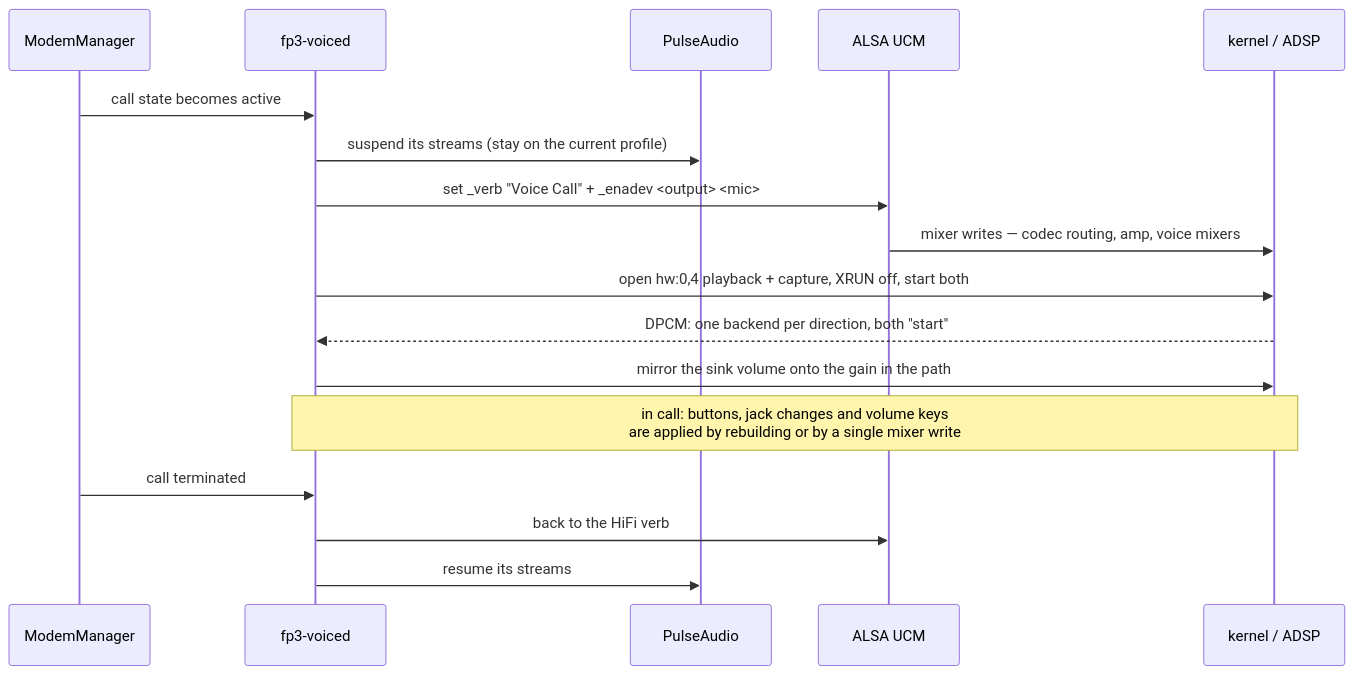
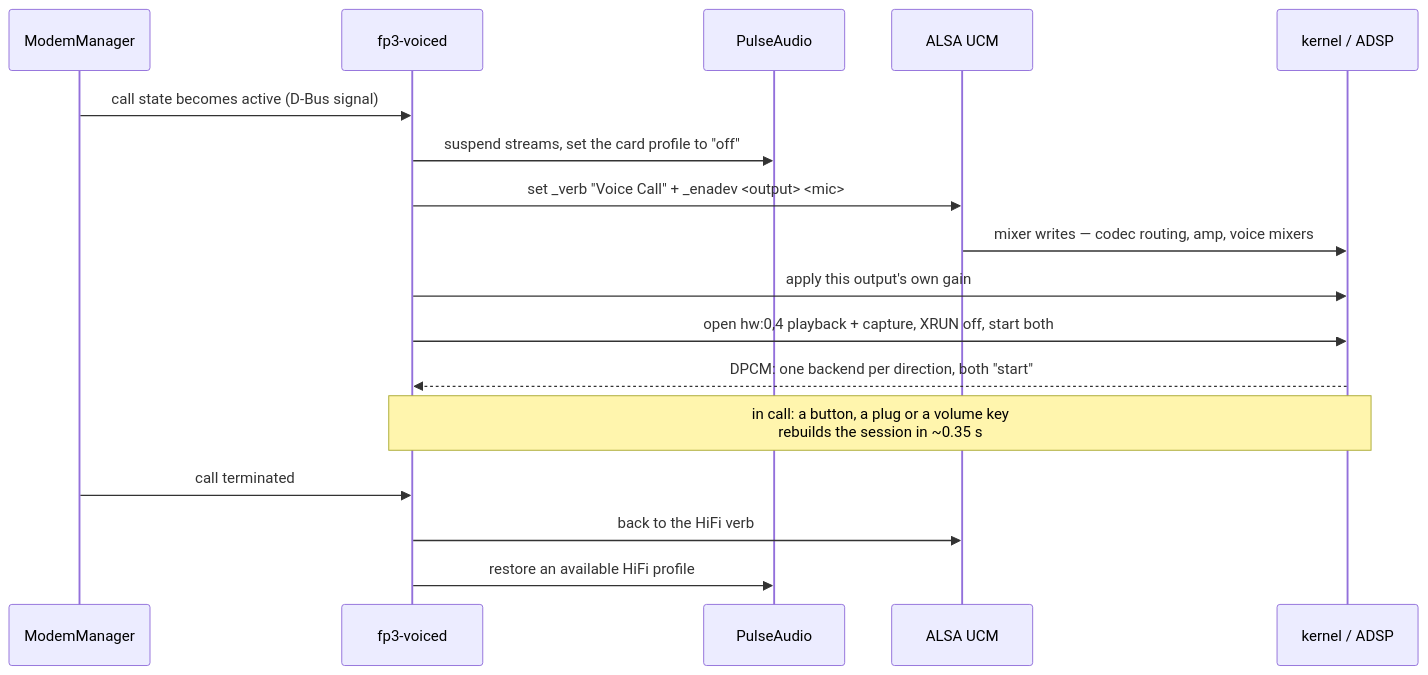
One commit to llg179/fp3-pmaports changed the third of 3 diagrams in README.md. Above: the diagram before and after it, drawn with Mermaid. The commit also changed other lines of this file and 1 other file, not shown here.

````diff
--- a/README.md
+++ b/README.md
@@ -473,20 +478,20 @@
 ```mermaid
 sequenceDiagram
     participant MM as ModemManager
     participant VD as fp3-voiced
     participant PA as PulseAudio
     participant UCM as ALSA UCM
     participant K as kernel / ADSP
 
-    MM->>VD: call state becomes active
-    VD->>PA: suspend its streams (stay on the current profile)
+    MM->>VD: call state becomes active (D-Bus signal)
+    VD->>PA: suspend streams, set the card profile to "off"
     VD->>UCM: set _verb "Voice Call" + _enadev <output> <mic>
     UCM->>K: mixer writes — codec routing, amp, voice mixers
+    VD->>K: apply this output's own gain
     VD->>K: open hw:0,4 playback + capture, XRUN off, start both
     K-->>VD: DPCM: one backend per direction, both "start"
-    VD->>K: mirror the sink volume onto the gain in the path
-    Note over VD,K: in call: buttons, jack changes and volume keys<br/>are applied by rebuilding or by a single mixer write
+    Note over VD,K: in call: a button, a plug or a volume key<br/>rebuilds the session in ~0.35 s
     MM->>VD: call terminated
     VD->>UCM: back to the HiFi verb
-    VD->>PA: resume its streams
+    VD->>PA: restore an available HiFi profile
 ```
````
